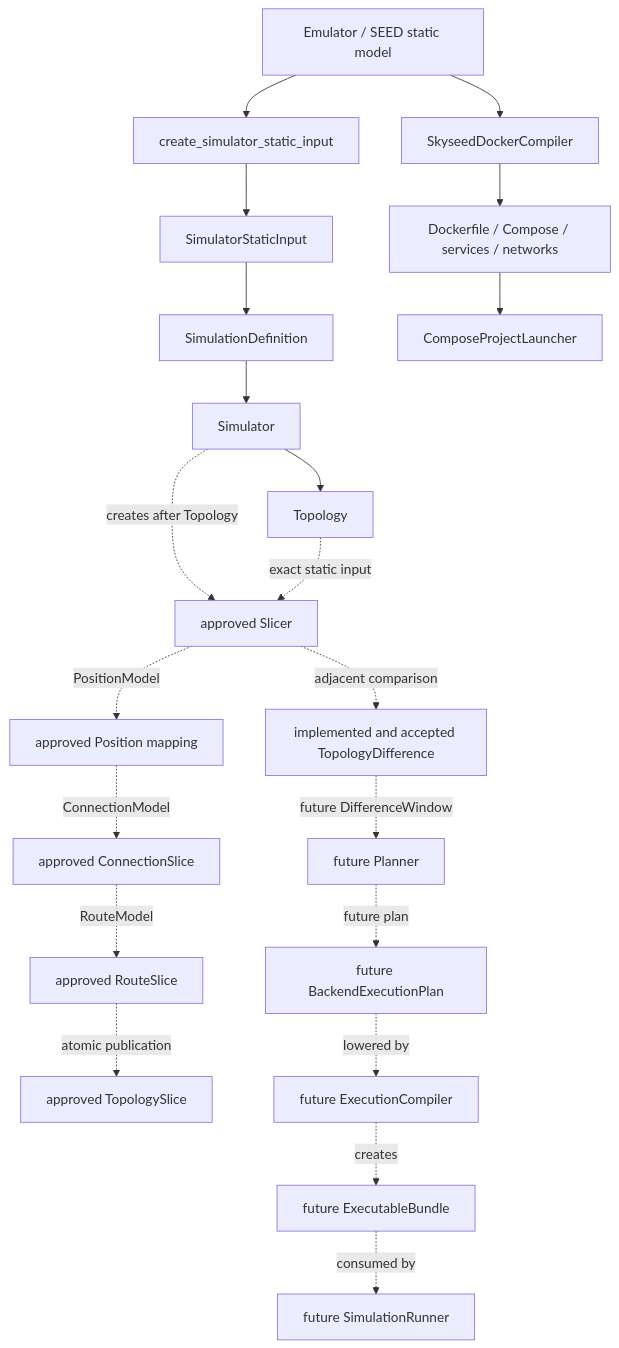
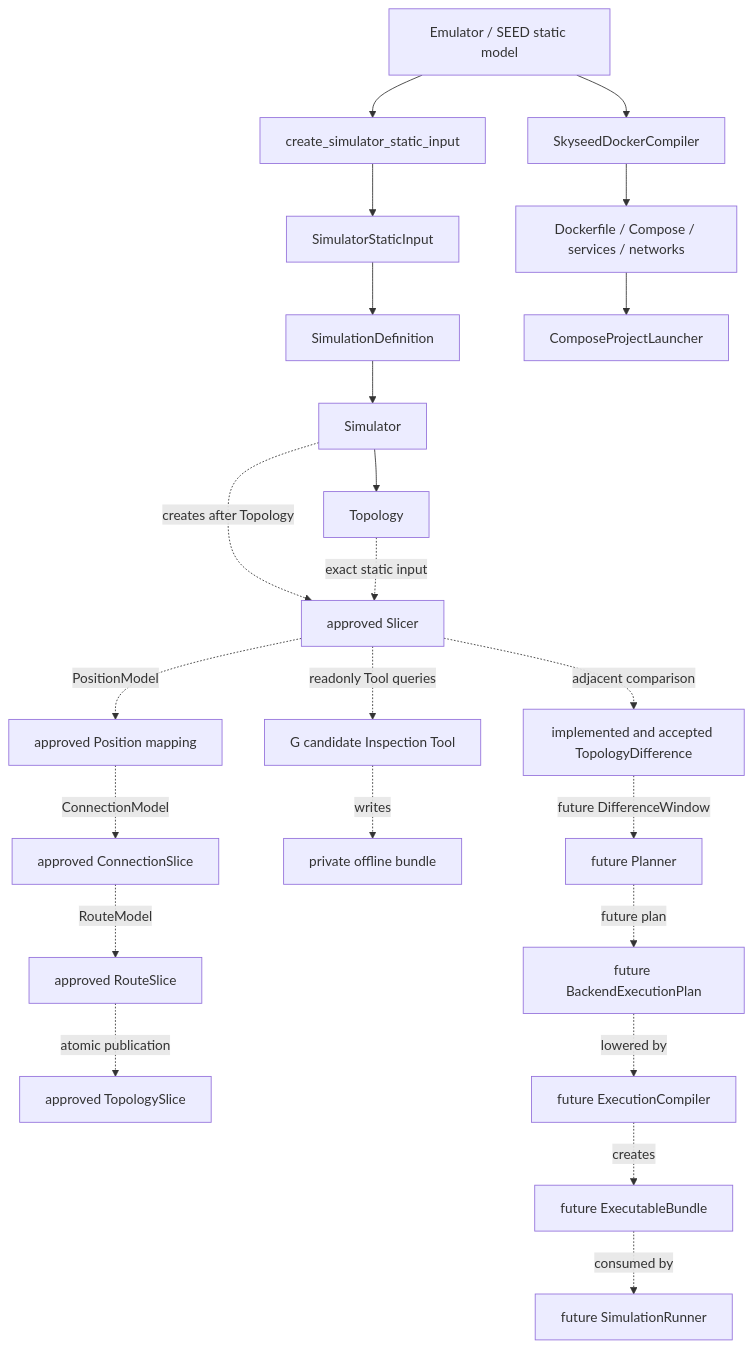
The eighth of 9 diagrams in skyseed_v2/docs/architecture/diagrams.md (seed-labs/skyseed), drawn with Mermaid before and after one commit. The commit also changed other lines of this file and 44 other files, not shown here.

````diff
--- a/skyseed_v2/docs/architecture/diagrams.md
+++ b/skyseed_v2/docs/architecture/diagrams.md
@@ -276,25 +284,27 @@
 ```mermaid
 flowchart TD
     E[Emulator / SEED static model]
     E --> ADAPT[create_simulator_static_input]
     ADAPT --> INPUT[SimulatorStaticInput]
     INPUT --> DEF[SimulationDefinition]
     DEF --> SIM[Simulator]
     SIM --> TOP[Topology]
     SIM -. creates after Topology .-> SLICER[approved Slicer]
     TOP -. exact static input .-> SLICER
     SLICER -. PositionModel .-> POS[approved Position mapping]
     POS -. ConnectionModel .-> CONN[approved ConnectionSlice]
     CONN -. RouteModel .-> ROUTE[approved RouteSlice]
     ROUTE -. atomic publication .-> SLICE[approved TopologySlice]
     SLICER -. adjacent comparison .-> DIFF[implemented and accepted TopologyDifference]
+    SLICER -. readonly Tool queries .-> TOOL[G candidate Inspection Tool]
+    TOOL -. writes .-> VIEW[private offline bundle]
     DIFF -. future DifferenceWindow .-> PLAN[future Planner]
     PLAN -. future plan .-> BACK[future BackendExecutionPlan]
     BACK -. lowered by .-> EXEC[future ExecutionCompiler]
     EXEC -. creates .-> BUNDLE[future ExecutableBundle]
     BUNDLE -. consumed by .-> RUN[future SimulationRunner]
 
     E --> DOCKER[SkyseedDockerCompiler]
     DOCKER --> DEPLOY[Dockerfile / Compose / services / networks]
     DEPLOY --> LAUNCH[ComposeProjectLauncher]
 ```
````
